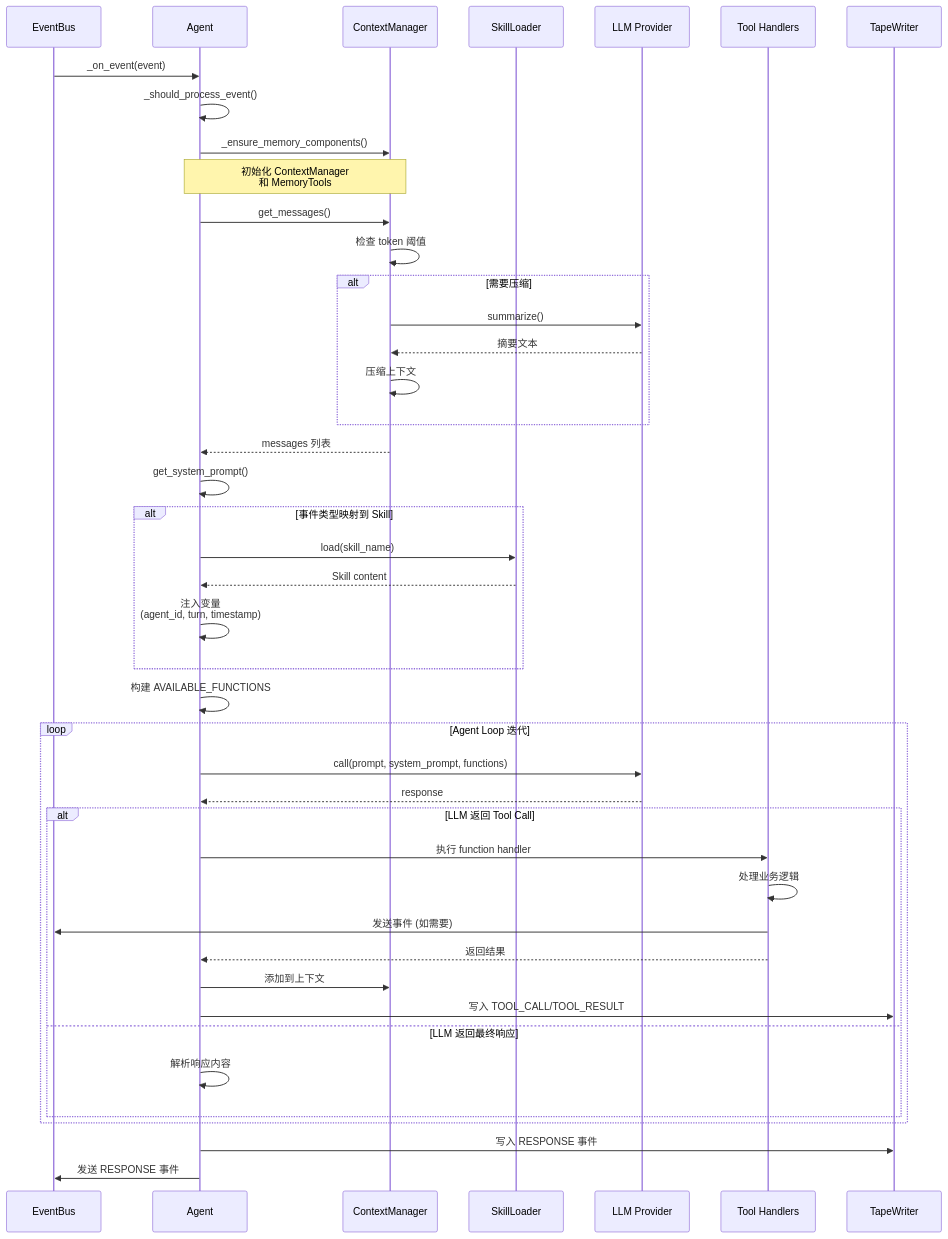
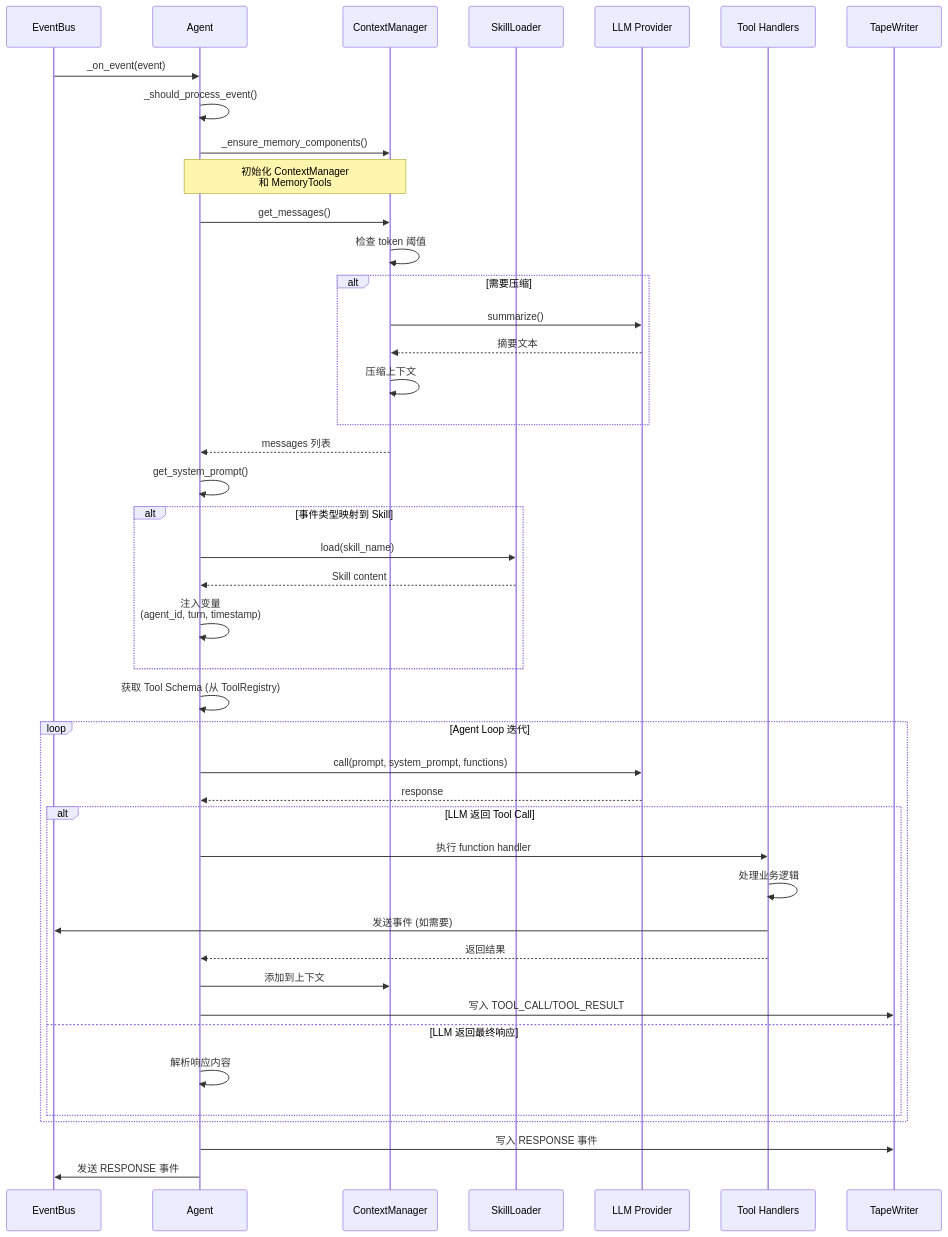
The seventh of 9 diagrams in src/simu_emperor/agents/AGENTS.md (ykfnxx/simu-emperor), drawn with Mermaid before and after one commit. The commit also changed 1 other file, not shown here.

Commit message:
refactor: remove deprecated tool_definitions.py
The ToolRegistry now provides all the functionality that
AVAILABLE_FUNCTIONS used to provide. This file is no longer needed.

- Delete src/simu_emperor/agents/tool_definitions.py
- Update AGENTS.md to reference ToolRegistry instead

````diff
--- a/src/simu_emperor/agents/AGENTS.md
+++ b/src/simu_emperor/agents/AGENTS.md
@@ -305,53 +305,53 @@
 ```mermaid
 sequenceDiagram
     participant E as EventBus
     participant A as Agent
     participant CM as ContextManager
     participant SL as SkillLoader
     participant L as LLM Provider
     participant TH as Tool Handlers
     participant TW as TapeWriter
 
     E->>A: _on_event(event)
     A->>A: _should_process_event()
     A->>CM: _ensure_memory_components()
 
     Note over A,CM: 初始化 ContextManager<br/>和 MemoryTools
 
     A->>CM: get_messages()
     CM->>CM: 检查 token 阈值
     alt 需要压缩
         CM->>L: summarize()
         L-->>CM: 摘要文本
         CM->>CM: 压缩上下文
     end
     CM-->>A: messages 列表
 
     A->>A: get_system_prompt()
     alt 事件类型映射到 Skill
         A->>SL: load(skill_name)
         SL-->>A: Skill content
         A->>A: 注入变量<br/>(agent_id, turn, timestamp)
     end
 
-    A->>A: 构建 AVAILABLE_FUNCTIONS
+    A->>A: 获取 Tool Schema (从 ToolRegistry)
 
     loop Agent Loop 迭代
         A->>L: call(prompt, system_prompt, functions)
         L-->>A: response
 
         alt LLM 返回 Tool Call
             A->>TH: 执行 function handler
             TH->>TH: 处理业务逻辑
             TH->>E: 发送事件 (如需要)
             TH-->>A: 返回结果
             A->>CM: 添加到上下文
             A->>TW: 写入 TOOL_CALL/TOOL_RESULT
         else LLM 返回最终响应
             A->>A: 解析响应内容
         end
     end
 
     A->>TW: 写入 RESPONSE 事件
     A->>E: 发送 RESPONSE 事件
 ```
````
